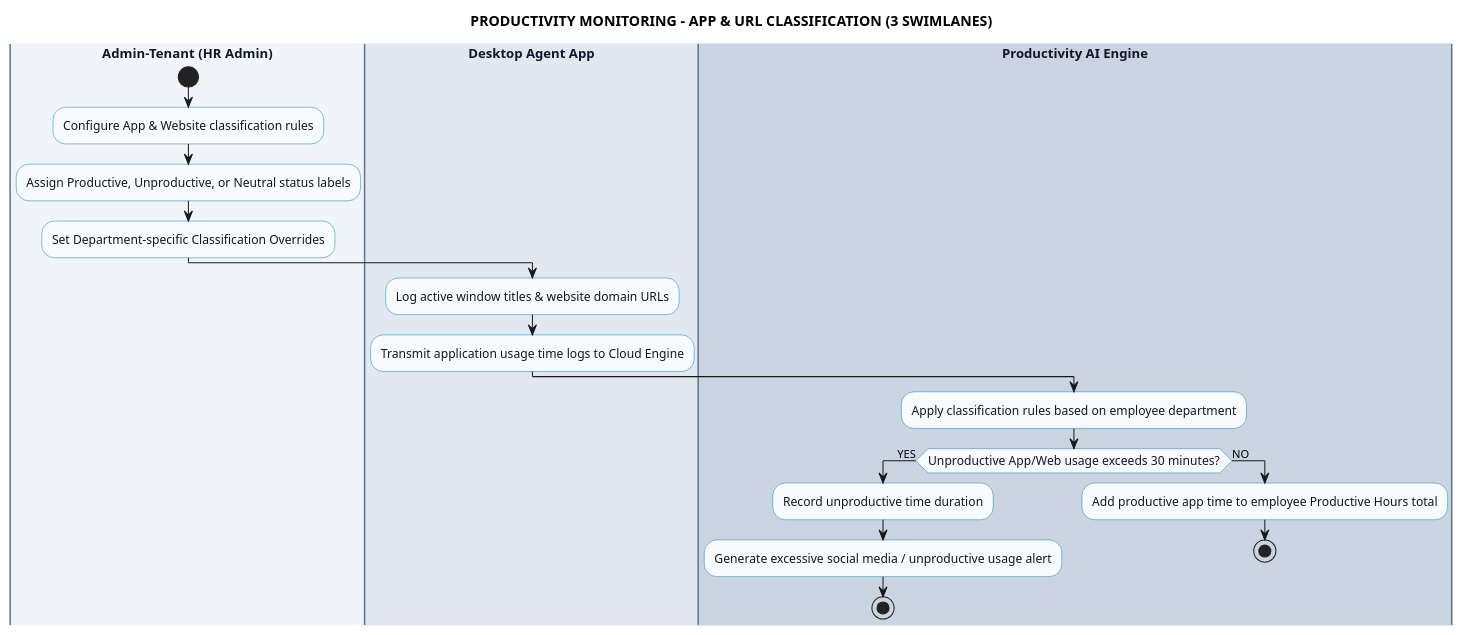
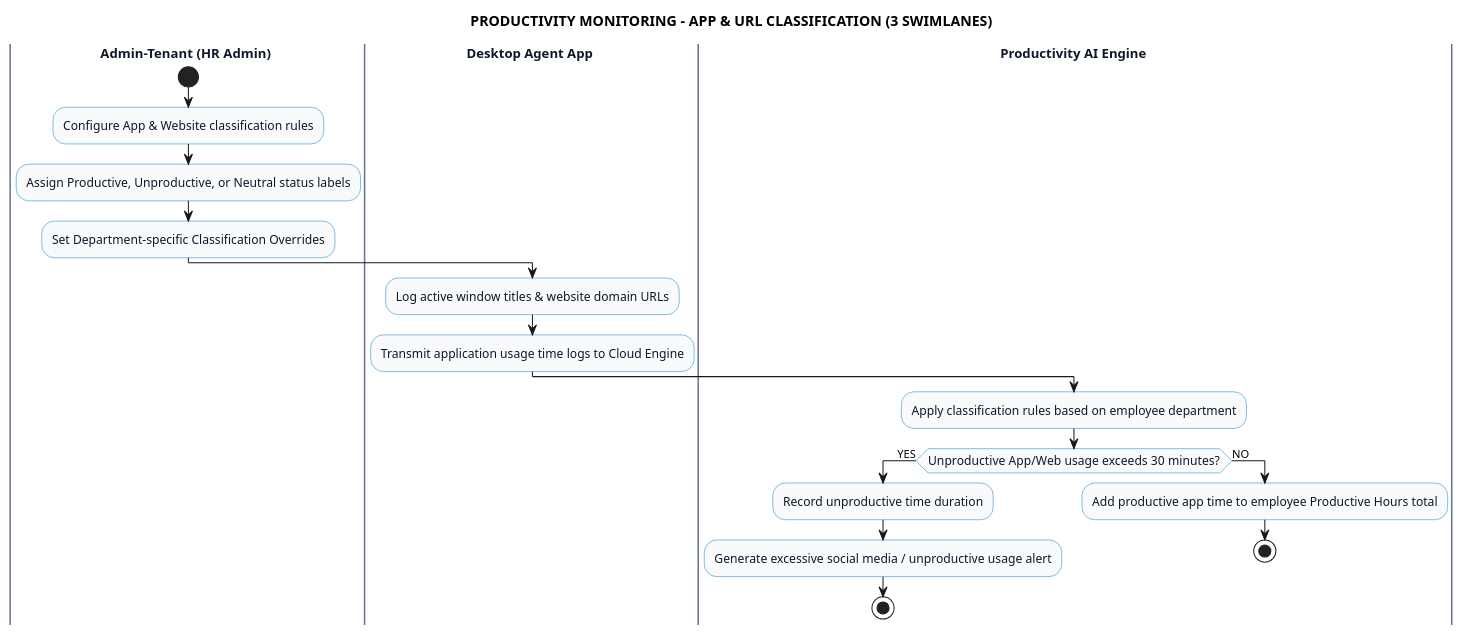
The diagram in docs/swimlane/productivity_monitoring/AppUrlClassificationDiagram.md (Dikhang1112/Monitoring_HR), drawn with PlantUML before and after one commit. The commit also changed other lines of this file and 47 other files, not shown here.

Commit message:
Refactor usecase diagram and swimlane

````diff
--- a/docs/swimlane/productivity_monitoring/AppUrlClassificationDiagram.md
+++ b/docs/swimlane/productivity_monitoring/AppUrlClassificationDiagram.md
@@ -9,47 +9,47 @@
 ```plantuml
 @startuml
 title PRODUCTIVITY MONITORING - APP & URL CLASSIFICATION (3 SWIMLANES)
 
 skinparam linetype ortho
 skinparam nodesep 60
 skinparam ranksep 80
 
 skinparam activity {
   BackgroundColor #f8fafc
   BorderColor #0284c7
   FontColor #0f172a
   FontSize 12
 }
 skinparam swimlane {
   BorderColor #64748b
   TitleFontColor #0f172a
   TitleFontSize 13
   TitleFontStyle bold
 }
 
 ' =====================================================
 ' 3 SWIMLANES DECLARATION
 ' =====================================================
-|#f1f5f9| Admin-Tenant (HR Admin) |
+|Admin-Tenant (HR Admin) |
 start
 :Configure App & Website classification rules;
 :Assign Productive, Unproductive, or Neutral status labels;
 :Set Department-specific Classification Overrides;
 
-|#e2e8f0| Desktop Agent App |
+|Desktop Agent App |
 :Log active window titles & website domain URLs;
 :Transmit application usage time logs to Cloud Engine;
 
-|#cbd5e1| Productivity AI Engine |
+|Productivity AI Engine |
 :Apply classification rules based on employee department;
 if (Unproductive App/Web usage exceeds 30 minutes?) then (YES)
   :Record unproductive time duration;
   :Generate excessive social media / unproductive usage alert;
   stop
 else (NO)
   :Add productive app time to employee Productive Hours total;
   stop
 endif
 
 @enduml
 ```
````
